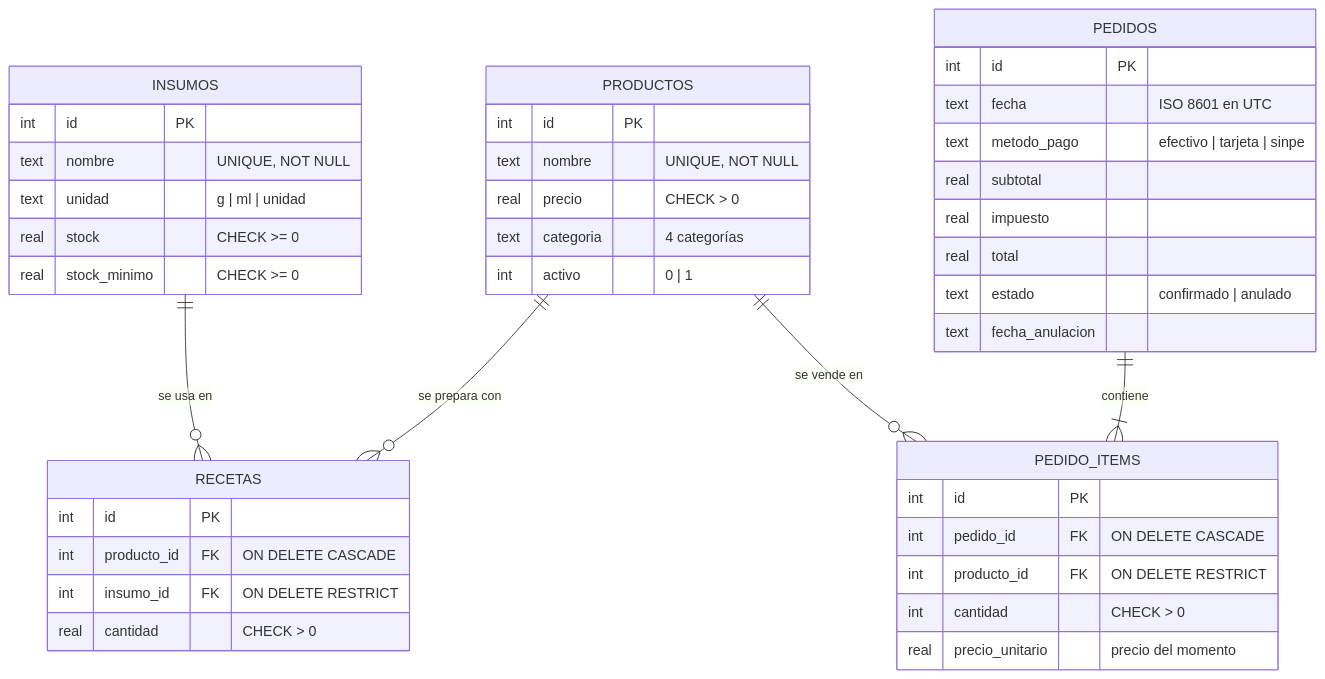
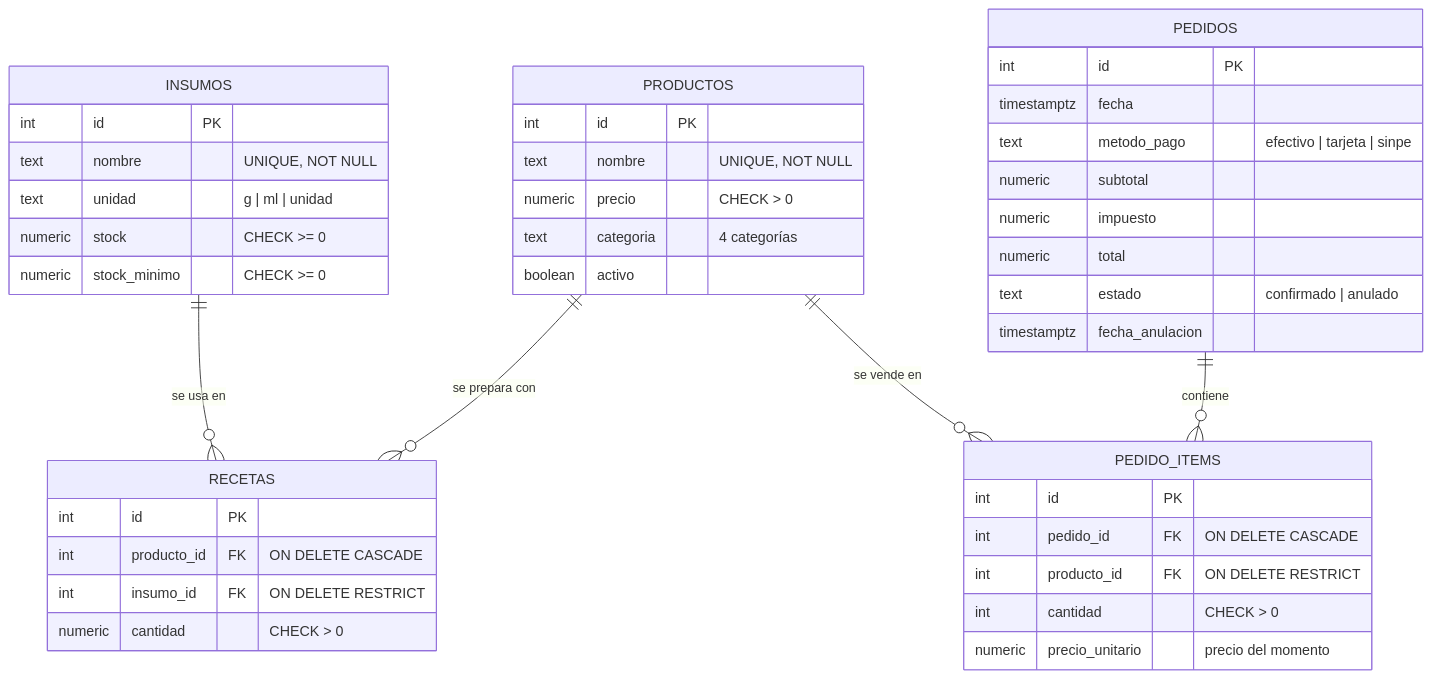
The diagram in README.md (Zael022/lab2-cafeteria-react-node-ia), drawn with Mermaid before and after one commit. The commit also changed other lines of this file and 22 other files, not shown here.

````diff
--- a/README.md
+++ b/README.md
@@ -52,45 +54,45 @@
 ```mermaid
 erDiagram
     PRODUCTOS ||--o{ RECETAS : "se prepara con"
     INSUMOS   ||--o{ RECETAS : "se usa en"
-    PEDIDOS   ||--|{ PEDIDO_ITEMS : "contiene"
+    PEDIDOS   ||--o{ PEDIDO_ITEMS : "contiene"
     PRODUCTOS ||--o{ PEDIDO_ITEMS : "se vende en"
 
     INSUMOS {
         int id PK
         text nombre "UNIQUE, NOT NULL"
         text unidad "g | ml | unidad"
-        real stock "CHECK >= 0"
-        real stock_minimo "CHECK >= 0"
+        numeric stock "CHECK >= 0"
+        numeric stock_minimo "CHECK >= 0"
     }
     PRODUCTOS {
         int id PK
         text nombre "UNIQUE, NOT NULL"
-        real precio "CHECK > 0"
+        numeric precio "CHECK > 0"
         text categoria "4 categorías"
-        int activo "0 | 1"
+        boolean activo
     }
     RECETAS {
         int id PK
         int producto_id FK "ON DELETE CASCADE"
         int insumo_id FK "ON DELETE RESTRICT"
-        real cantidad "CHECK > 0"
+        numeric cantidad "CHECK > 0"
     }
     PEDIDOS {
         int id PK
-        text fecha "ISO 8601 en UTC"
+        timestamptz fecha
         text metodo_pago "efectivo | tarjeta | sinpe"
-        real subtotal
-        real impuesto
-        real total
+        numeric subtotal
+        numeric impuesto
+        numeric total
         text estado "confirmado | anulado"
-        text fecha_anulacion
+        timestamptz fecha_anulacion
     }
     PEDIDO_ITEMS {
         int id PK
         int pedido_id FK "ON DELETE CASCADE"
         int producto_id FK "ON DELETE RESTRICT"
         int cantidad "CHECK > 0"
-        real precio_unitario "precio del momento"
+        numeric precio_unitario "precio del momento"
     }
 ```
````
